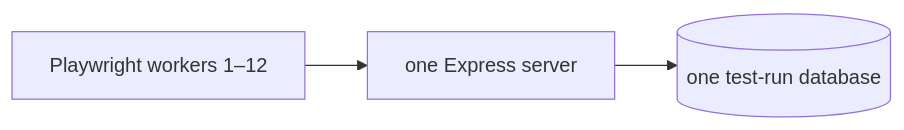
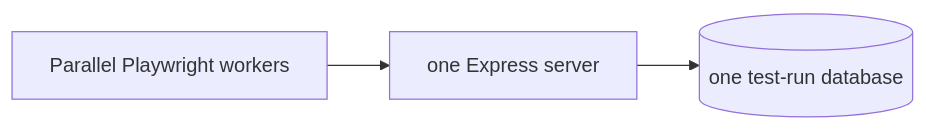
The diagram in docs/TESTING.md (craigloewen-msft/AutoTaskCalendar), drawn with Mermaid before and after one commit. The commit also changed other lines of this file and 5 other files, not shown here.

````diff
--- a/docs/TESTING.md
+++ b/docs/TESTING.md
@@ -79,5 +81,5 @@
 ```mermaid
 flowchart LR
-  A["Playwright workers 1–12"] --> E["one Express server"]
+  A["Parallel Playwright workers"] --> E["one Express server"]
   E --> F[("one test-run database")]
 ```
````
